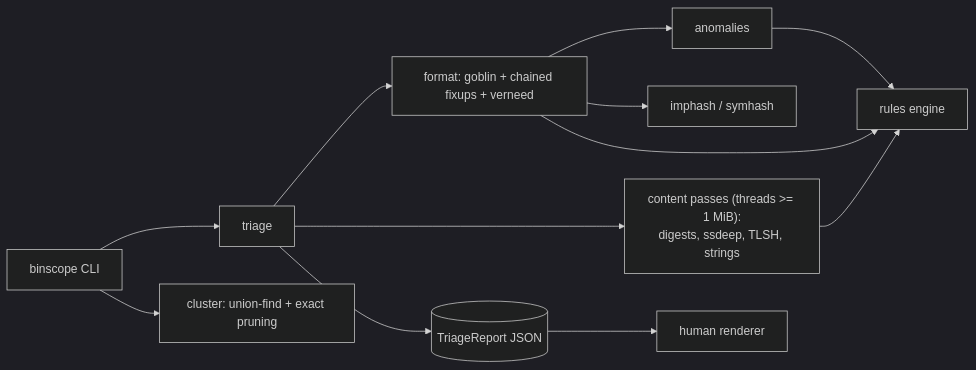
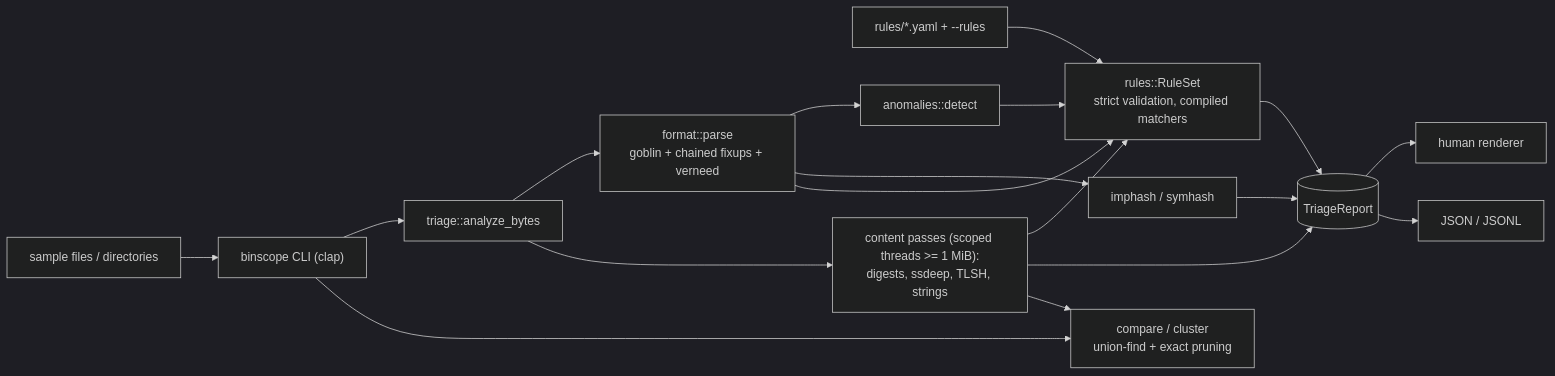
One commit to SlateGitOrg/binscope changed the diagram in README.md. Above: the diagram before and after it, drawn with Mermaid (dark theme). The commit also changed other lines of this file and 2 other files, not shown here.

````diff
--- a/README.md
+++ b/README.md
@@ -61,14 +62,20 @@
 ```mermaid
 flowchart LR
-    CLI[binscope CLI] --> T[triage]
-    T --> F[format: goblin + chained fixups + verneed]
-    T --> C["content passes (threads >= 1 MiB):<br/>digests, ssdeep, TLSH, strings"]
-    F --> A[anomalies]
-    F --> H[imphash / symhash]
-    C --> R[rules engine]
-    A --> R
-    F --> R
-    T --> O[(TriageReport JSON)]
-    O --> V[human renderer]
-    CLI --> K[cluster: union-find + exact pruning]
+    IN["sample files / directories"] --> CLI["binscope CLI (clap)"]
+    Y["rules/*.yaml + --rules"] --> RS["rules::RuleSet<br/>strict validation, compiled matchers"]
+    CLI --> T["triage::analyze_bytes"]
+    T --> F["format::parse<br/>goblin + chained fixups + verneed"]
+    T --> C["content passes (scoped threads >= 1 MiB):<br/>digests, ssdeep, TLSH, strings"]
+    F --> A["anomalies::detect"]
+    F --> H["imphash / symhash"]
+    F --> RS
+    A --> RS
+    C --> RS
+    RS --> O[("TriageReport")]
+    H --> O
+    C --> O
+    O --> V["human renderer"]
+    O --> J["JSON / JSONL"]
+    CLI --> K["compare / cluster<br/>union-find + exact pruning"]
+    C --> K
 ```
````
